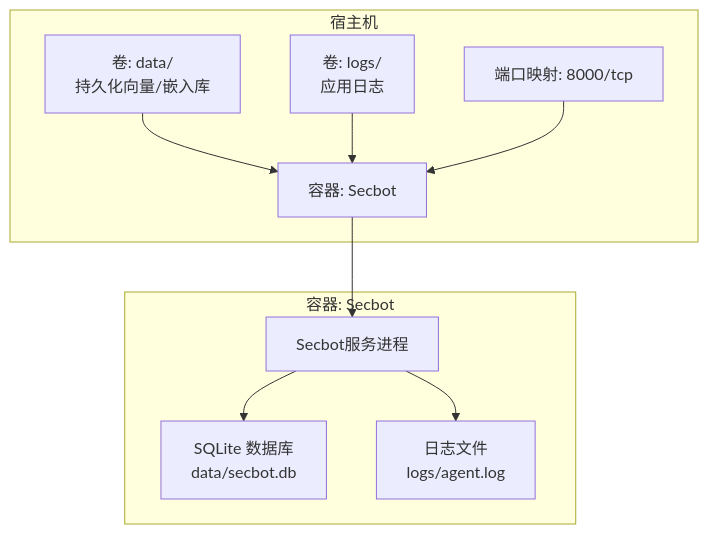
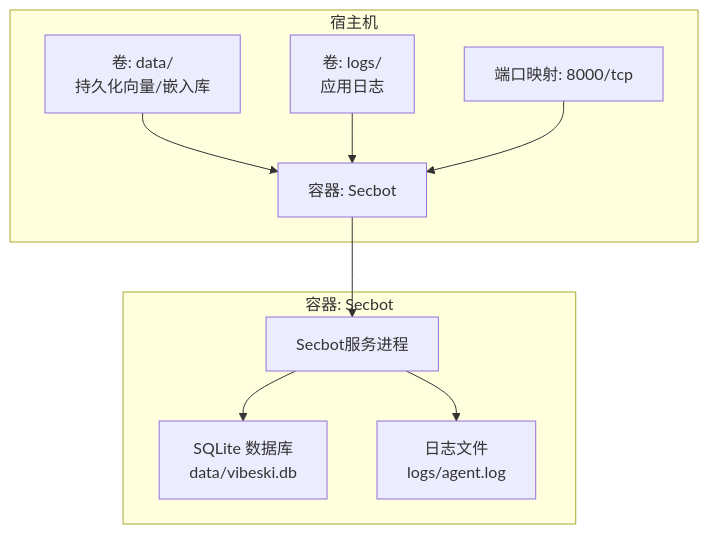
One commit to crabin/VIBESKI changed the second of 7 diagrams in .qoder/repowiki/zh/content/部署与运维/Docker容器化部署.md. Above: the diagram before and after it, drawn with Mermaid. The commit also changed other lines of this file and 170 other files, not shown here.

Commit message:
chore: rename all secbot/hackbot identifiers to vibeski

````diff
--- a/.qoder/repowiki/zh/content/部署与运维/Docker容器化部署.md
+++ b/.qoder/repowiki/zh/content/部署与运维/Docker容器化部署.md
@@ -96,16 +96,16 @@
 ```mermaid
 graph TB
 subgraph "宿主机"
 V1["卷: data/<br/>持久化向量/嵌入库"] --> C1["容器: Secbot"]
 V2["卷: logs/<br/>应用日志"] --> C1
 P["端口映射: 8000/tcp"] --> C1
 end
 subgraph "容器: Secbot"
 S["Secbot服务进程"]
-DB["SQLite 数据库<br/>data/secbot.db"]
+DB["SQLite 数据库<br/>data/vibeski.db"]
 LOG["日志文件<br/>logs/agent.log"]
 end
 C1 --> S
 S --> DB
 S --> LOG
 ```
````
